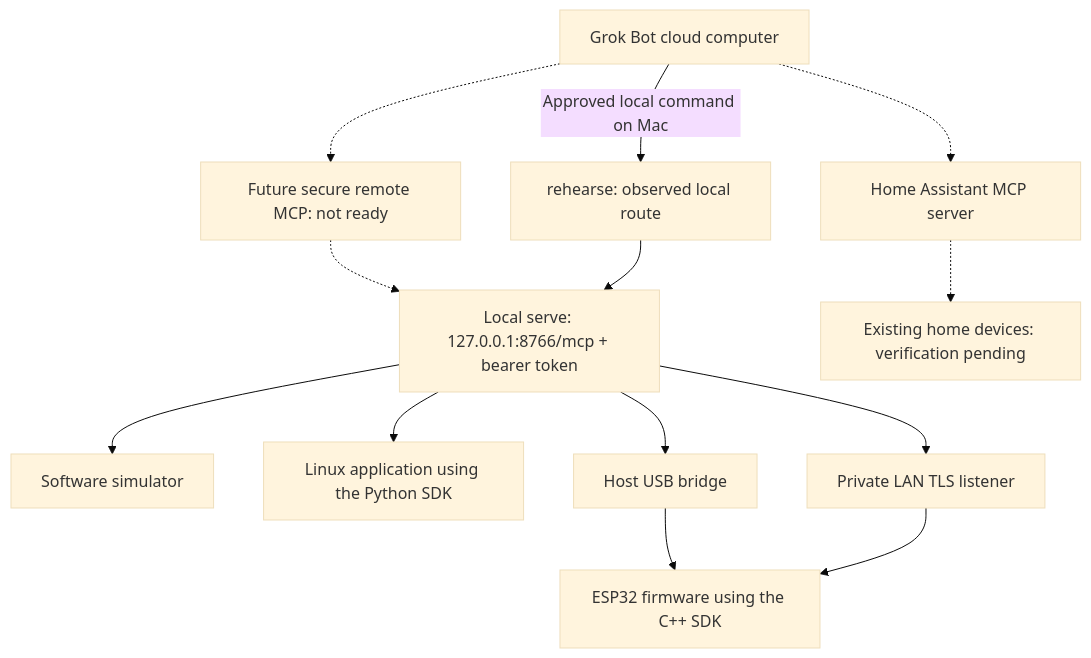
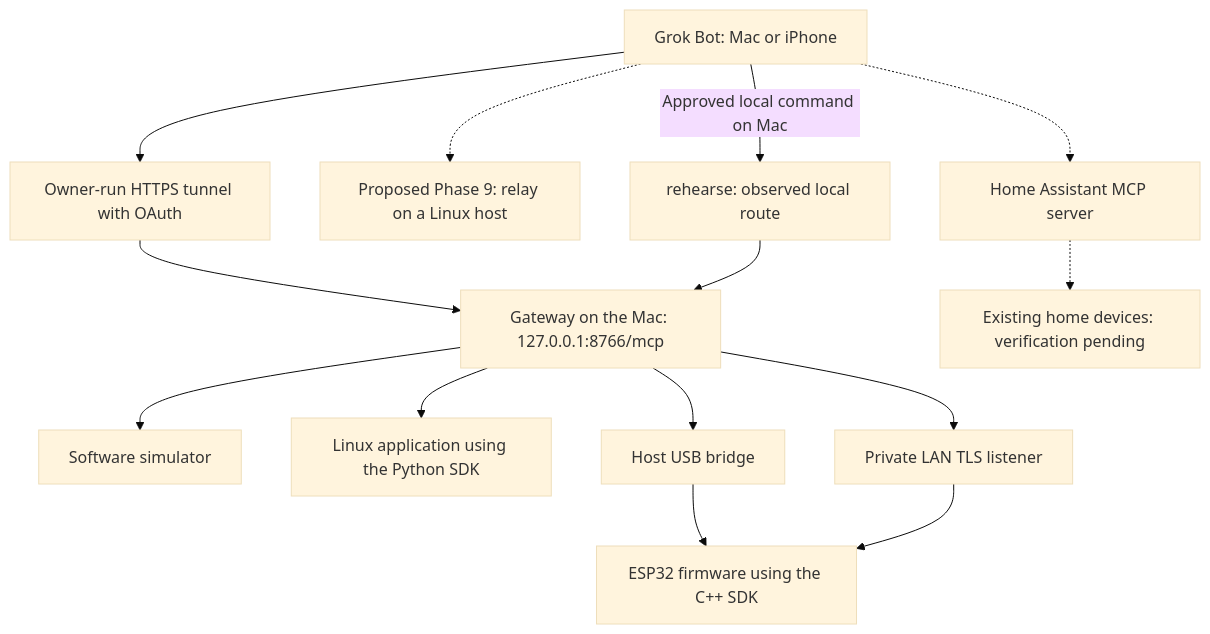
Before and after one commit to adidshaft/grok-gadgets: the first of 2 diagrams in docs/architecture/overview.md, drawn with Mermaid (base theme). The commit also changed other lines of this file and 12 other files, not shown here.

Commit message:
docs(HUB-ADR-009): record Phase 8 and propose the relay roadmap

````diff
--- a/docs/architecture/overview.md
+++ b/docs/architecture/overview.md
@@ -15,15 +15,16 @@
 ```mermaid
 flowchart TD
-    G["Grok Bot cloud computer"] -.-> T["Future secure remote MCP: not ready"]
-    T -.-> W["Local serve: 127.0.0.1:8766/mcp + bearer token"]
+    G["Grok Bot: Mac or iPhone"] --> T["Owner-run HTTPS tunnel with OAuth"]
+    T --> W["Gateway on the Mac: 127.0.0.1:8766/mcp"]
+    G -.-> Y["Proposed Phase 9: relay on a Linux host"]
     G -->|"Approved local command on Mac"| C["rehearse: observed local route"]
     C --> W
     W --> S["Software simulator"]
     W --> L["Linux application using the Python SDK"]
     W --> U["Host USB bridge"]
     U --> E["ESP32 firmware using the C++ SDK"]
     W --> V["Private LAN TLS listener"]
     V --> E
     G -.-> H["Home Assistant MCP server"]
     H -.-> D["Existing home devices: verification pending"]
 ```
````
